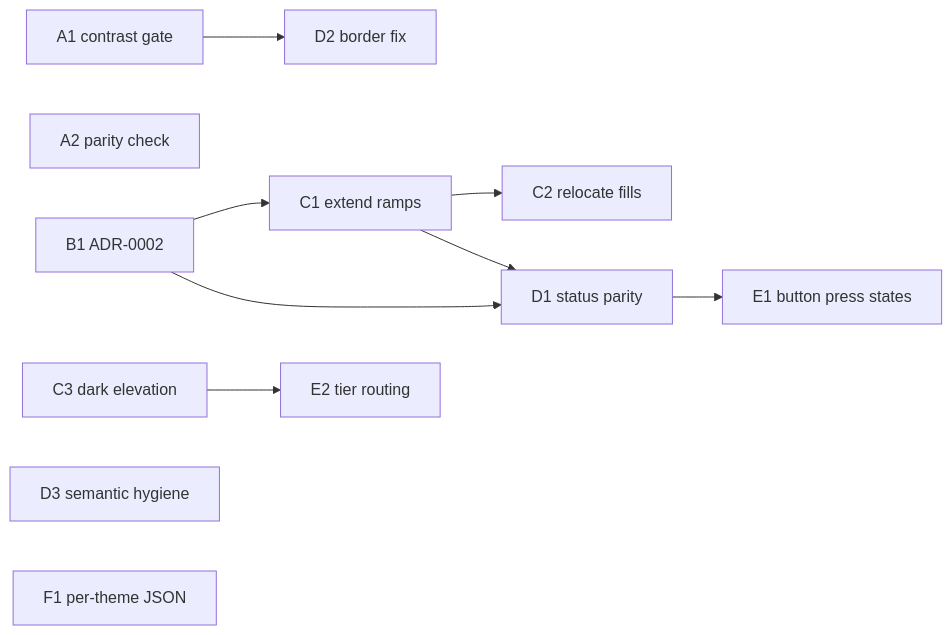
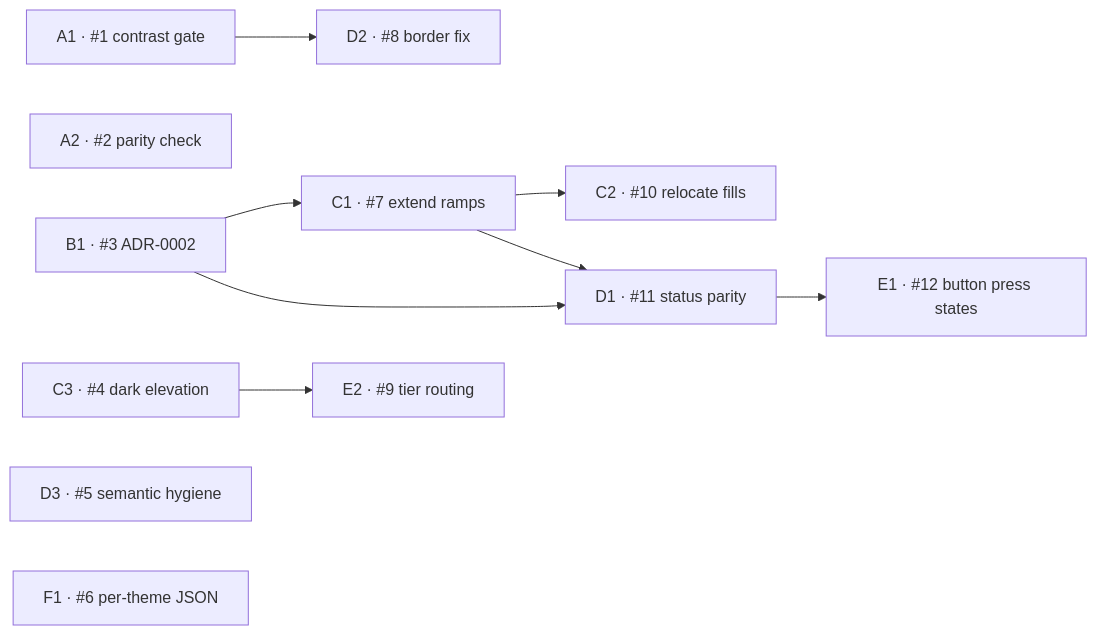
Before and after one commit to stevegreco/taproot: the diagram in packages/tokens/docs/token-remediation-plan.md, drawn with Mermaid. The commit also changed other lines of this file, not shown here.

````diff
--- a/packages/tokens/docs/token-remediation-plan.md
+++ b/packages/tokens/docs/token-remediation-plan.md
@@ -31,13 +31,13 @@
 ```mermaid
 graph LR
-  A1[A1 contrast gate] --> D2[D2 border fix]
-  A2[A2 parity check]
-  B1[B1 ADR-0002] --> C1[C1 extend ramps]
-  B1 --> D1[D1 status parity]
-  C1 --> C2[C2 relocate fills]
+  A1["A1 · #1 contrast gate"] --> D2["D2 · #8 border fix"]
+  A2["A2 · #2 parity check"]
+  B1["B1 · #3 ADR-0002"] --> C1["C1 · #7 extend ramps"]
+  B1 --> D1["D1 · #11 status parity"]
+  C1 --> C2["C2 · #10 relocate fills"]
   C1 --> D1
-  C3[C3 dark elevation] --> E2[E2 tier routing]
-  D1 --> E1[E1 button press states]
-  D3[D3 semantic hygiene]
-  F1[F1 per-theme JSON]
+  C3["C3 · #4 dark elevation"] --> E2["E2 · #9 tier routing"]
+  D1 --> E1["E1 · #12 button press states"]
+  D3["D3 · #5 semantic hygiene"]
+  F1["F1 · #6 per-theme JSON"]
 ```
````
